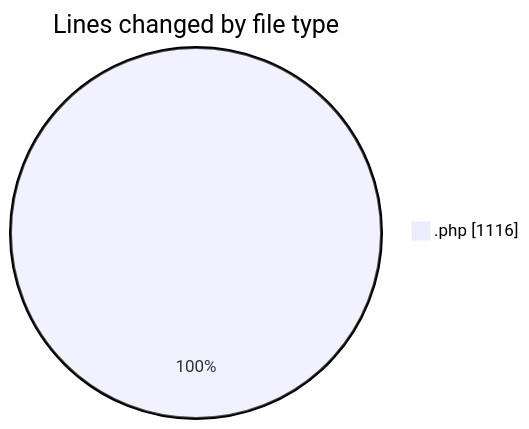
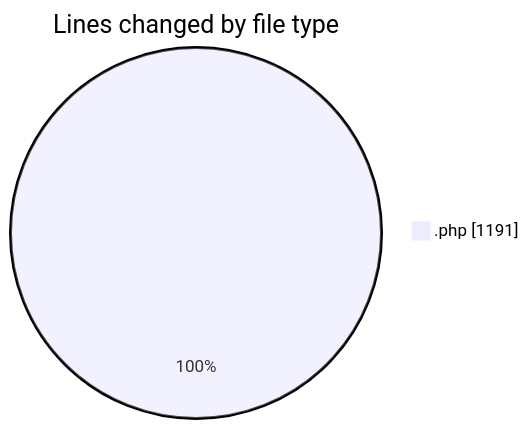
Before and after one commit to debugP/code-tracking: the first of 2 diagrams in 2026-11-11/wp-content__workspace_/README.md, drawn with Mermaid. The commit also changed other lines of this file and 1 other file, not shown here.

````diff
--- a/2026-11-11/wp-content__workspace_/README.md
+++ b/2026-11-11/wp-content__workspace_/README.md
@@ -20,5 +20,5 @@
 ```mermaid
 pie showData
 title Lines changed by file type
-".php" : 1116
+".php" : 1191
 ```
````
